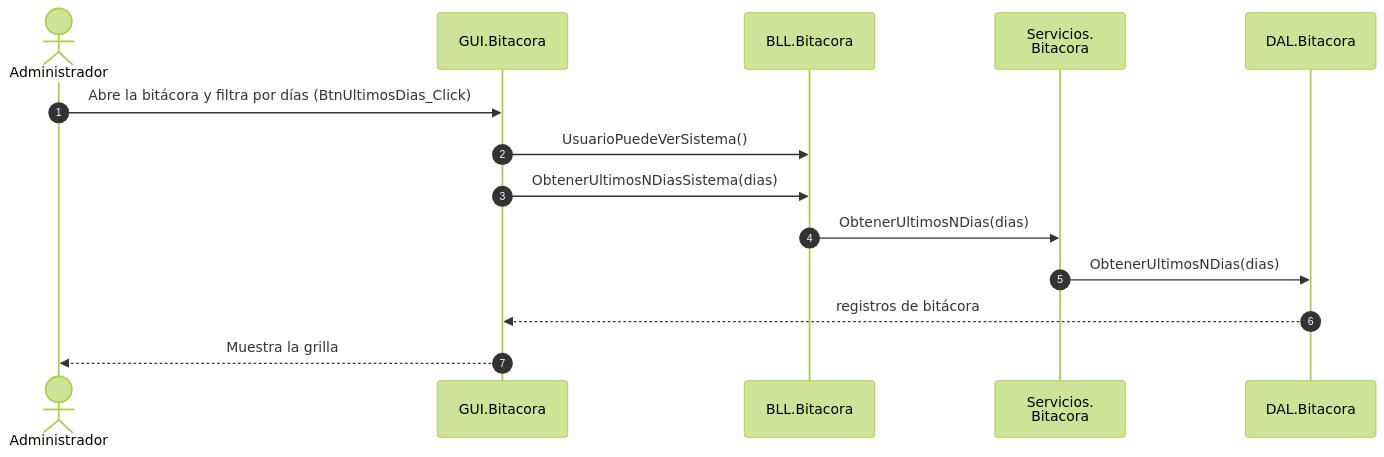
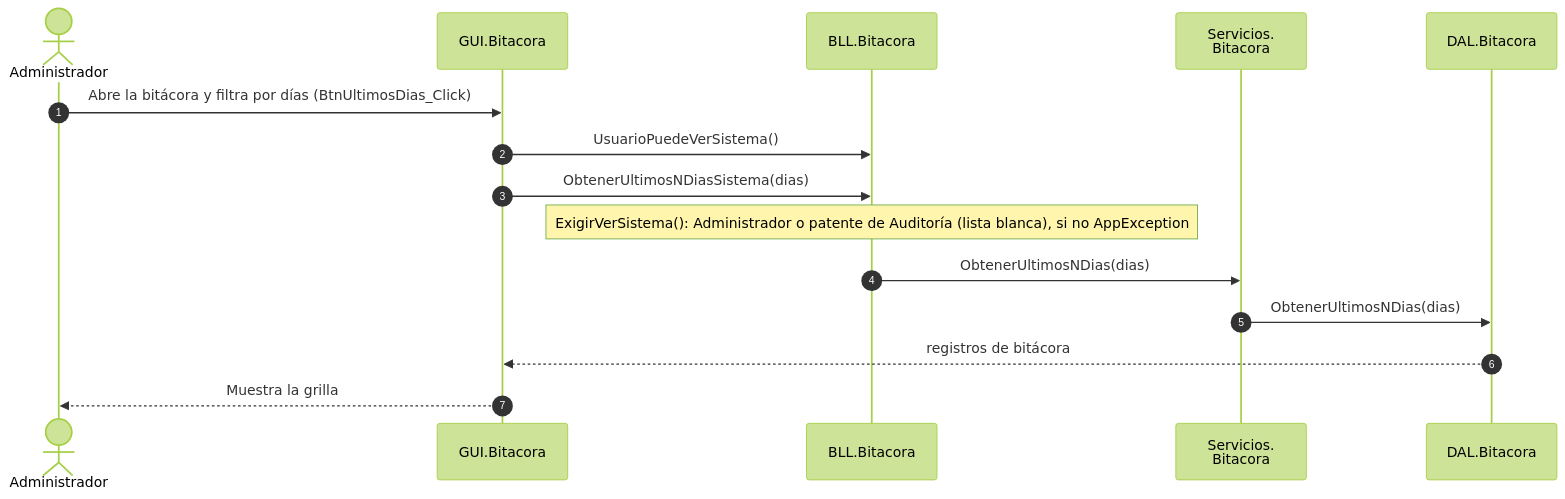
The diagram in docs/diagramas/mermaid/DSS_T06a_ConsultarBitacora.mmd (valentinamorana/Trabajo-de-Diploma), drawn with Mermaid (forest theme) before and after one commit. The commit also changed 20 other files, not shown here.

First line of the commit message:
Auditoría B-08/B-09/B-13: permisos de sesión en BLL, bitácora con lista blanca y backups autenticados

```diff
--- a/docs/diagramas/mermaid/DSS_T06a_ConsultarBitacora.mmd
+++ b/docs/diagramas/mermaid/DSS_T06a_ConsultarBitacora.mmd
@@ -1,14 +1,15 @@
 sequenceDiagram
   autonumber
   actor A as Administrador
   participant F as GUI.Bitacora
   participant B as BLL.Bitacora
   participant S as Servicios.<br/>Bitacora
   participant D as DAL.Bitacora
   A->>F: Abre la bitácora y filtra por días (BtnUltimosDias_Click)
   F->>B: UsuarioPuedeVerSistema()
   F->>B: ObtenerUltimosNDiasSistema(dias)
+  Note over B: ExigirVerSistema(): Administrador o patente de Auditoría (lista blanca), si no AppException
   B->>S: ObtenerUltimosNDias(dias)
   S->>D: ObtenerUltimosNDias(dias)
   D-->>F: registros de bitácora
   F-->>A: Muestra la grilla
```
